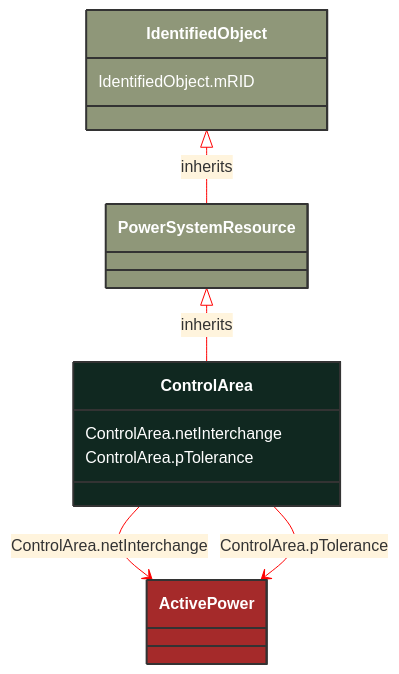
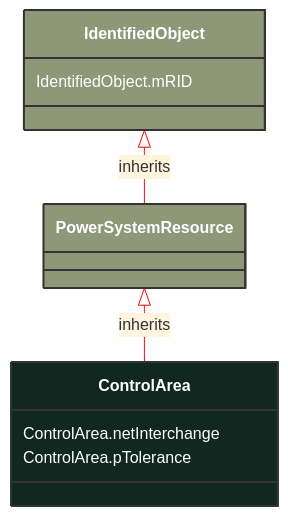
Before and after one commit to 3lbits/NoCIMExtensions: the diagram in docs/Models/Profiles/SteadyStateHypothesis/ConcreteClasses/ControlArea.md, drawn with Mermaid. The commit also changed 397 other files, not shown here.

First line of the commit message:
Refactor CIM schemas to introduce abstract classes and consolidate data types

````diff
--- a/docs/Models/Profiles/SteadyStateHypothesis/ConcreteClasses/ControlArea.md
+++ b/docs/Models/Profiles/SteadyStateHypothesis/ConcreteClasses/ControlArea.md
@@ -12,31 +12,21 @@
 ```mermaid
 %%{init: {'theme':'base','themeVariables': {'lineColor': '#FF0000'}}}%%
 classDiagram
     class ControlArea
     click ControlArea href "/Models/Profiles/SteadyStateHypothesis/ConcreteClasses/ControlArea/"
     style ControlArea fill:#102820,stroke:#333,stroke-width:2px,rx:10,ry:10,color:white
      
         PowerSystemResource <|-- ControlArea : inherits
             click PowerSystemResource href "/Models/Profiles/SteadyStateHypothesis/ConcreteClasses/PowerSystemResource/"
             style PowerSystemResource fill:#8F9779,stroke:#333,stroke-width:2px,rx:10,ry:10,color:white
      
         IdentifiedObject <|-- PowerSystemResource : inherits
             click IdentifiedObject href "/Models/Profiles/SteadyStateHypothesis/ConcreteClasses/IdentifiedObject/"
             style IdentifiedObject fill:#8F9779,stroke:#333,stroke-width:2px,rx:10,ry:10,color:white
 
-        ControlArea --> ActivePower : ControlArea.netInterchange
-
-        ActivePower
-            click ActivePower href "/Models/Profiles/SteadyStateHypothesis/ConcreteClasses/ActivePower/"
-            style ActivePower fill:#A52A2A,stroke:#333,stroke-width:2px,rx:10,ry:10,color:white
-        ControlArea --> ActivePower : ControlArea.pTolerance
-
-        ActivePower
-            click ActivePower href "/Models/Profiles/SteadyStateHypothesis/ConcreteClasses/ActivePower/"
-            style ActivePower fill:#A52A2A,stroke:#333,stroke-width:2px,rx:10,ry:10,color:white
 
 
         ControlArea : ControlArea.netInterchange
         ControlArea : ControlArea.pTolerance
         IdentifiedObject : IdentifiedObject.mRID
 ```
````
